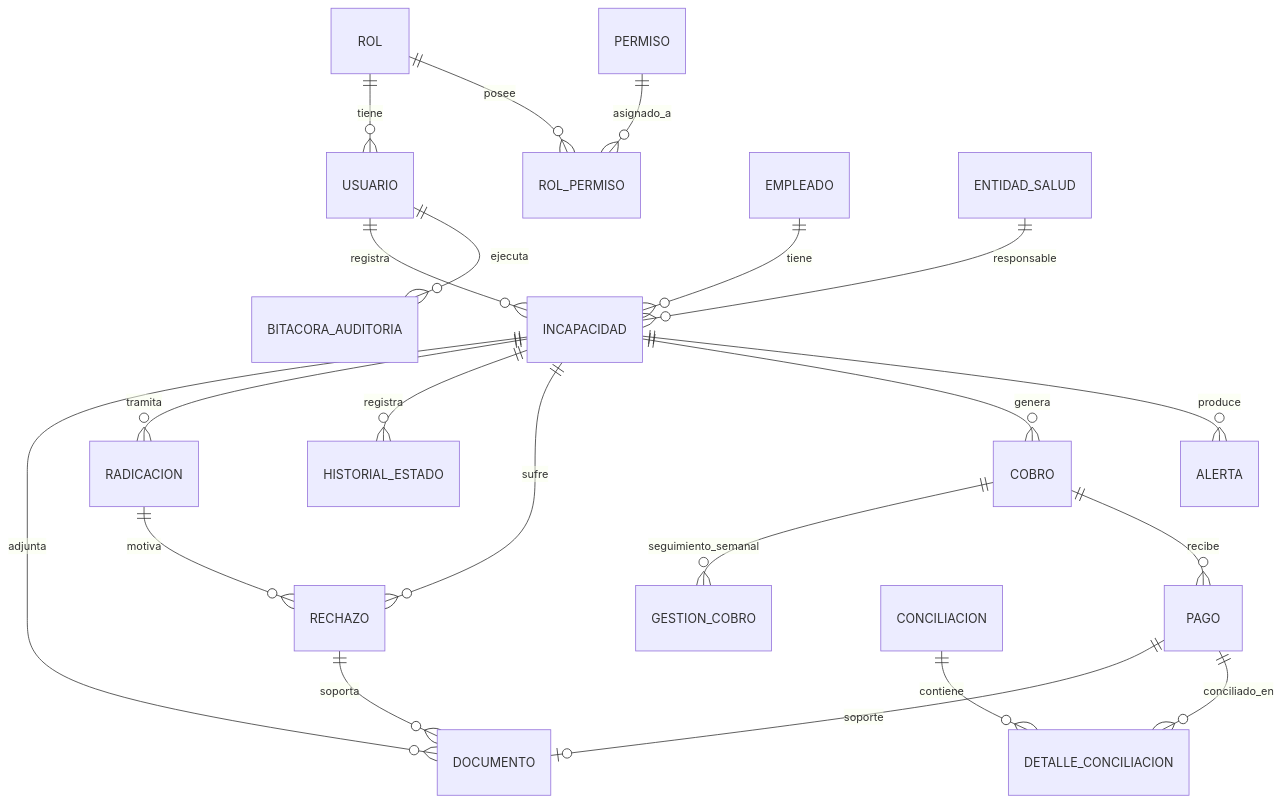
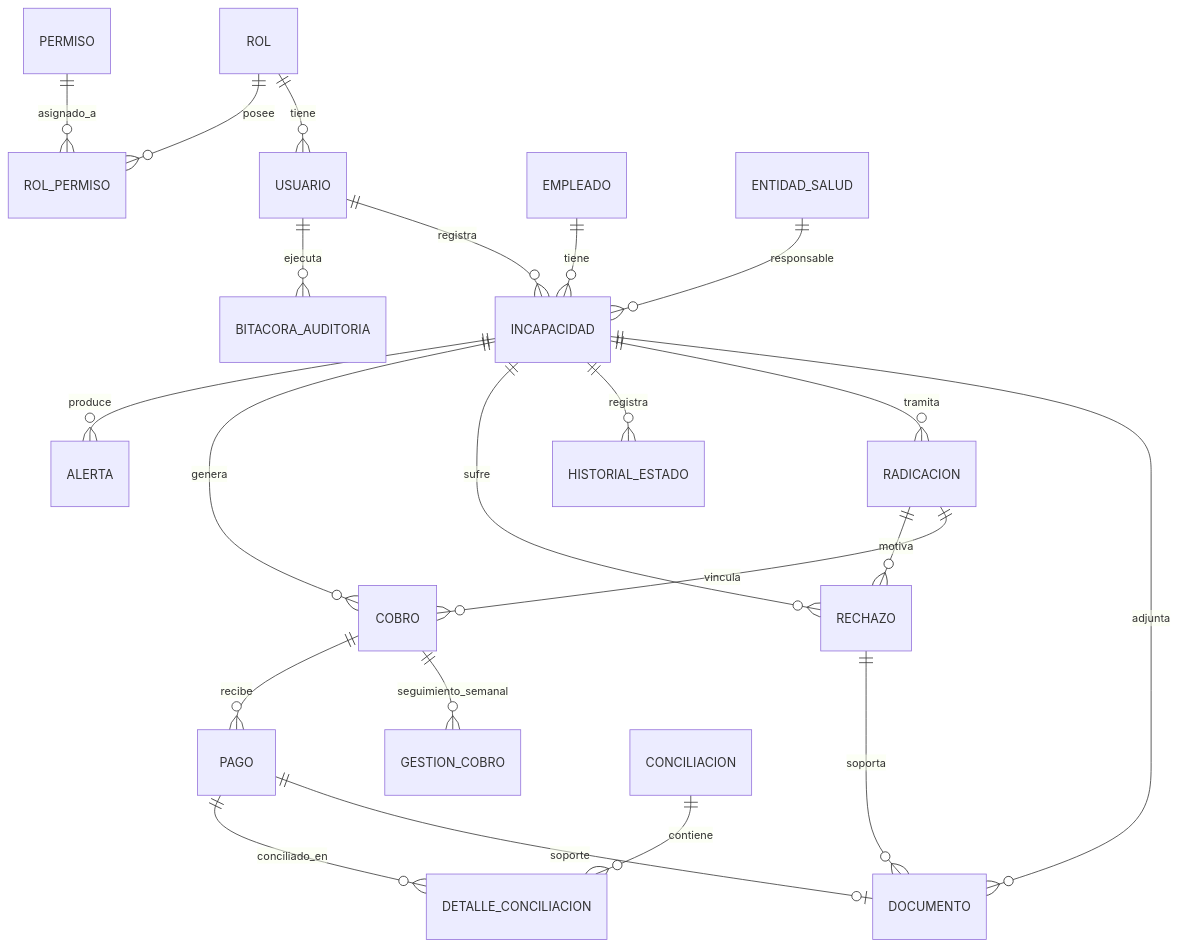
The diagram in sistema-incapacidades/README.md (santicardona0504/sistema-incapacidades), drawn with Mermaid before and after one commit. The commit also changed other lines of this file and 6 other files, not shown here.

````diff
--- a/sistema-incapacidades/README.md
+++ b/sistema-incapacidades/README.md
@@ -58,25 +73,26 @@
 ```mermaid
 erDiagram
     ROL ||--o{ USUARIO : tiene
     ROL ||--o{ ROL_PERMISO : posee
     PERMISO ||--o{ ROL_PERMISO : asignado_a
 
     EMPLEADO ||--o{ INCAPACIDAD : tiene
     ENTIDAD_SALUD ||--o{ INCAPACIDAD : responsable
     USUARIO ||--o{ INCAPACIDAD : registra
     INCAPACIDAD ||--o{ DOCUMENTO : adjunta
     INCAPACIDAD ||--o{ RADICACION : tramita
     INCAPACIDAD ||--o{ HISTORIAL_ESTADO : registra
     INCAPACIDAD ||--o{ RECHAZO : sufre
     INCAPACIDAD ||--o{ COBRO : genera
     INCAPACIDAD ||--o{ ALERTA : produce
 
+    RADICACION ||--o{ COBRO : vincula
     RADICACION ||--o{ RECHAZO : motiva
     RECHAZO ||--o{ DOCUMENTO : soporta
     COBRO ||--o{ GESTION_COBRO : seguimiento_semanal
     COBRO ||--o{ PAGO : recibe
     PAGO ||--o| DOCUMENTO : soporte
     CONCILIACION ||--o{ DETALLE_CONCILIACION : contiene
     PAGO ||--o{ DETALLE_CONCILIACION : conciliado_en
     USUARIO ||--o{ BITACORA_AUDITORIA : ejecuta
 ```
````
